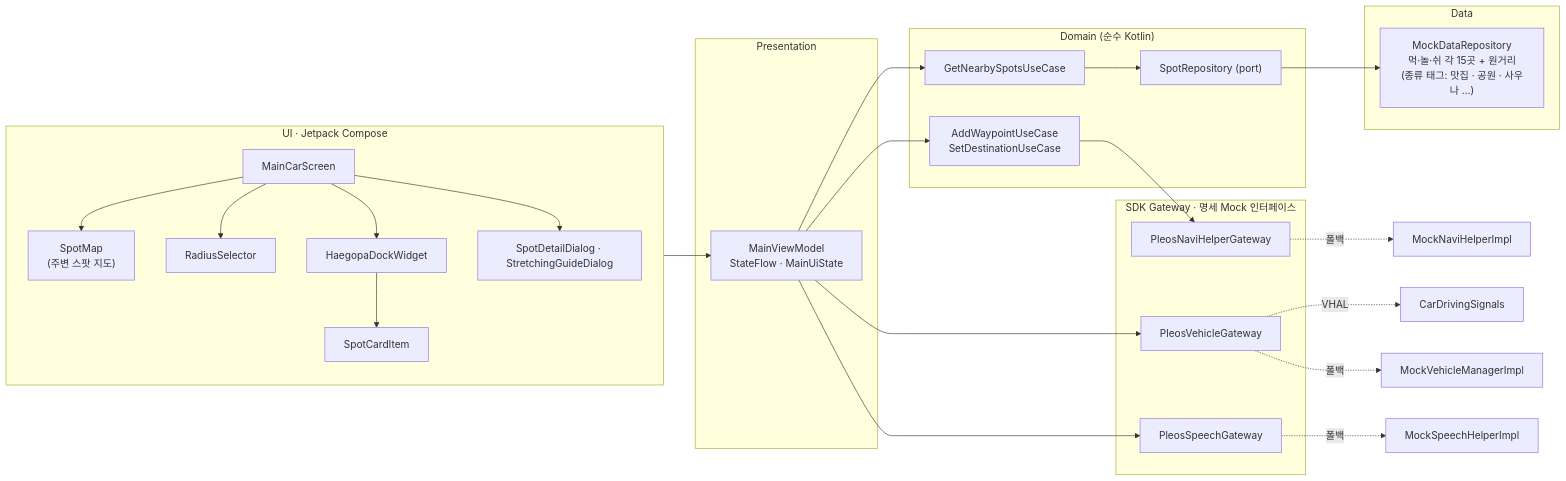
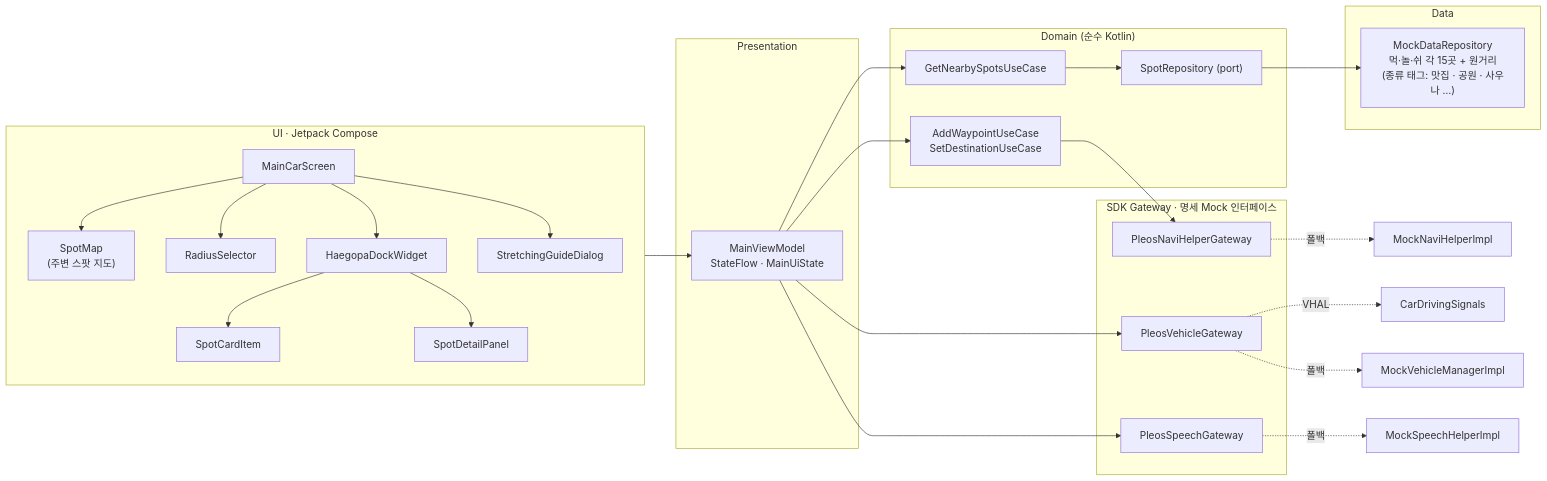
The diagram in README.md (sorrybro2/HaeGoPa), drawn with Mermaid before and after one commit. The commit also changed other lines of this file and 12 other files, not shown here.

````diff
--- a/README.md
+++ b/README.md
@@ -259,34 +260,35 @@
 ```mermaid
 flowchart LR
     subgraph UI["UI · Jetpack Compose"]
         S["MainCarScreen"] --> M["SpotMap<br/>(주변 스팟 지도)"]
         S --> R["RadiusSelector"]
         S --> D["HaegopaDockWidget"] --> C["SpotCardItem"]
-        S --> K["SpotDetailDialog · StretchingGuideDialog"]
+        D --> P["SpotDetailPanel"]
+        S --> K["StretchingGuideDialog"]
     end
     subgraph PR["Presentation"]
         VM["MainViewModel<br/>StateFlow · MainUiState"]
     end
     subgraph DO["Domain (순수 Kotlin)"]
         U1["GetNearbySpotsUseCase"]
         U2["AddWaypointUseCase<br/>SetDestinationUseCase"]
         RP["SpotRepository (port)"]
     end
     subgraph DA["Data"]
         MD["MockDataRepository<br/>먹·놀·쉬 각 15곳 + 원거리<br/>(종류 태그: 맛집 · 공원 · 사우나 …)"]
     end
     subgraph SDK["SDK Gateway · 명세 Mock 인터페이스"]
         NG["PleosNaviHelperGateway"]
         VG["PleosVehicleGateway"]
         SG["PleosSpeechGateway"]
     end
     UI --> VM
     VM --> U1 --> RP --> MD
     VM --> U2 --> NG
     VM --> VG
     VM --> SG
     NG -.->|폴백| N0["MockNaviHelperImpl"]
     VG -.->|VHAL| CAR["CarDrivingSignals"]
     VG -.->|폴백| V0["MockVehicleManagerImpl"]
     SG -.->|폴백| S0["MockSpeechHelperImpl"]
 ```
````
